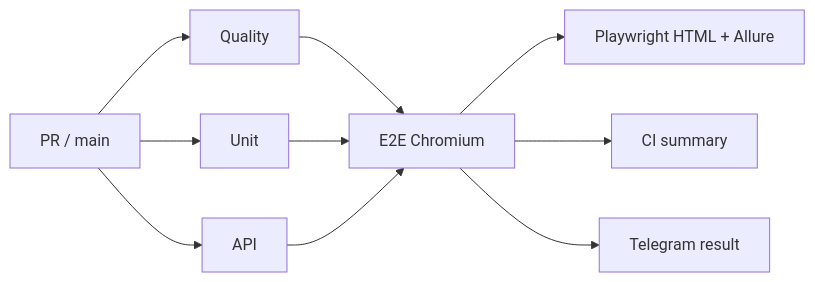
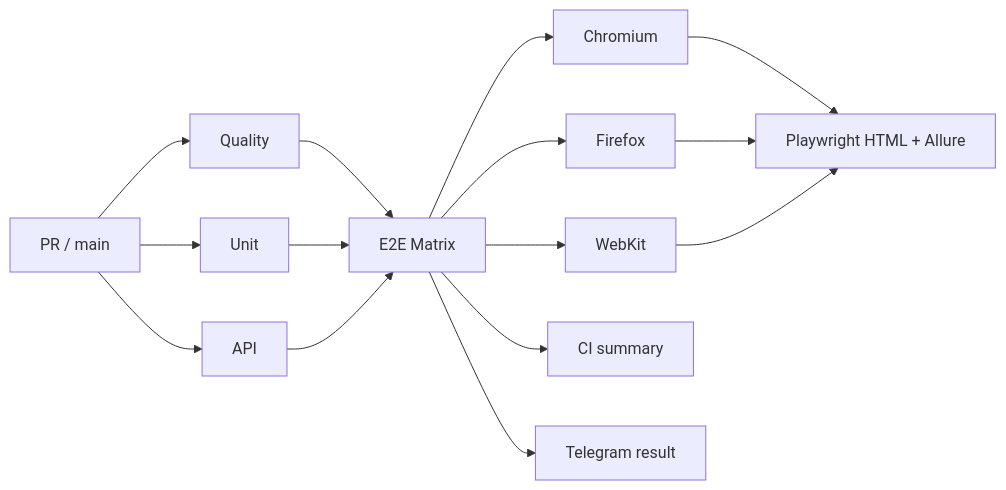
One commit to TokhirjonYuldoshev/pomidorqa-tests changed the second of 2 diagrams in docs/architecture.md. Above: the diagram before and after it, drawn with Mermaid. The commit also changed other lines of this file and 2 other files, not shown here.

First line of the commit message:
ci: add Playwright browser matrix (#14)

````diff
--- a/docs/architecture.md
+++ b/docs/architecture.md
@@ -157,12 +157,17 @@
 ```mermaid
 flowchart LR
     PR[PR / main] --> Q[Quality]
     PR --> U[Unit]
     PR --> A[API]
-    Q --> E[E2E Chromium]
+    Q --> E[E2E Matrix]
     U --> E
     A --> E
-    E --> REPORT[Playwright HTML + Allure]
+    E --> C[Chromium]
+    E --> F[Firefox]
+    E --> W[WebKit]
+    C --> REPORT[Playwright HTML + Allure]
+    F --> REPORT
+    W --> REPORT
     E --> SUMMARY[CI summary]
     E --> TG[Telegram result]
 ```
````
